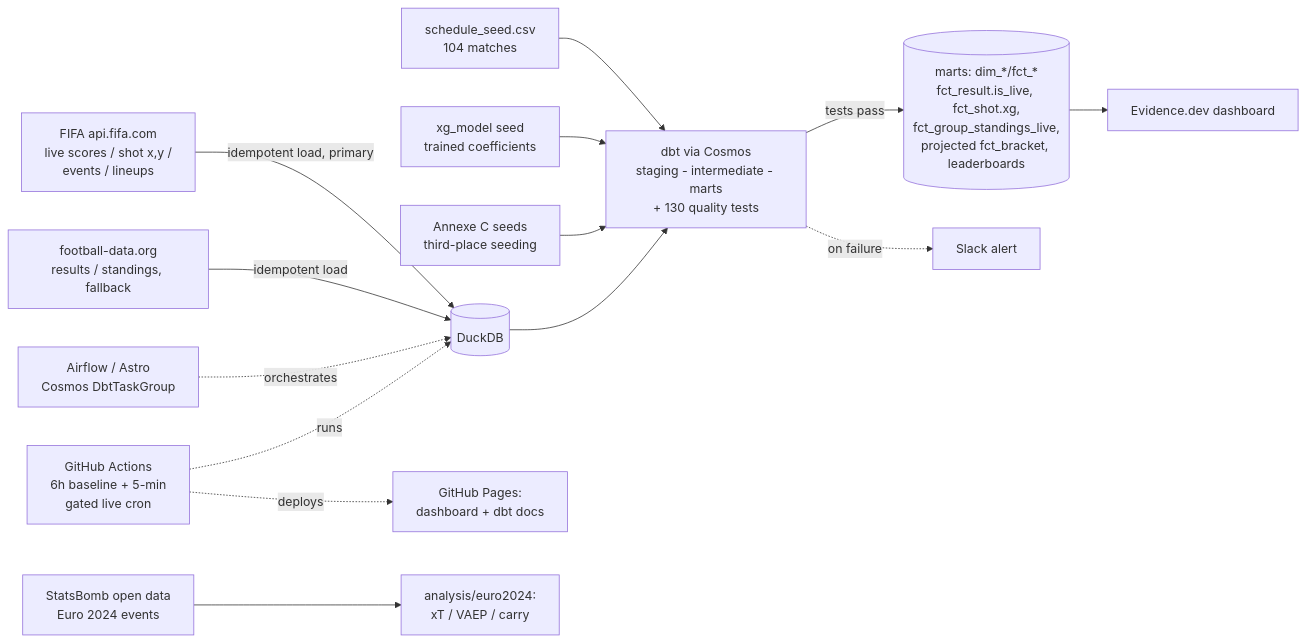
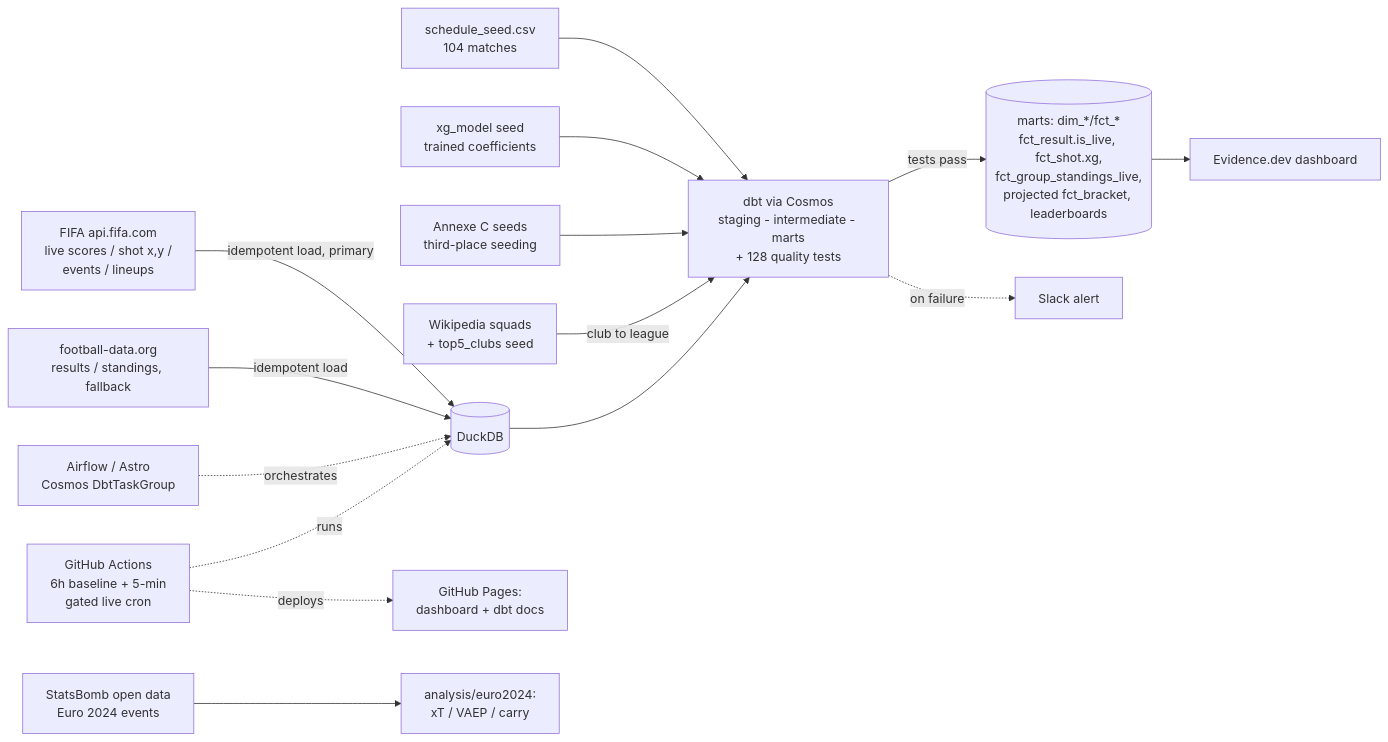
One commit to aatrey56/worldcup26-elt changed the diagram in README.md. Above: the diagram before and after it, drawn with Mermaid. The commit also changed other lines of this file, not shown here.

Commit message:
docs: refresh README for deployed state (squad quality, 128 tests)

````diff
--- a/README.md
+++ b/README.md
@@ -31,16 +32,17 @@
 ```mermaid
 flowchart LR
     fifa[FIFA api.fifa.com<br/>live scores / shot x,y /<br/>events / lineups] -->|idempotent load, primary| duck[(DuckDB)]
     fd[football-data.org<br/>results / standings, fallback] -->|idempotent load| duck
     seed[schedule_seed.csv<br/>104 matches] --> dbt
     xgseed[xg_model seed<br/>trained coefficients] --> dbt
     annex[Annexe C seeds<br/>third-place seeding] --> dbt
-    duck --> dbt[dbt via Cosmos<br/>staging - intermediate - marts<br/>+ 130 quality tests]
+    wiki[Wikipedia squads<br/>+ top5_clubs seed] -->|club to league| dbt
+    duck --> dbt[dbt via Cosmos<br/>staging - intermediate - marts<br/>+ 128 quality tests]
     dbt -->|tests pass| marts[(marts: dim_*/fct_*<br/>fct_result.is_live, fct_shot.xg,<br/>fct_group_standings_live,<br/>projected fct_bracket, leaderboards)]
     marts --> dash[Evidence.dev dashboard]
     airflow[Airflow / Astro<br/>Cosmos DbtTaskGroup] -.orchestrates.-> duck
     gha[GitHub Actions<br/>6h baseline + 5-min<br/>gated live cron] -.runs.-> duck
     gha -.deploys.-> pages[GitHub Pages:<br/>dashboard + dbt docs]
     dbt -.on failure.-> slack[Slack alert]
     sb[StatsBomb open data<br/>Euro 2024 events] --> analysis[analysis/euro2024:<br/>xT / VAEP / carry]
 ```
````
